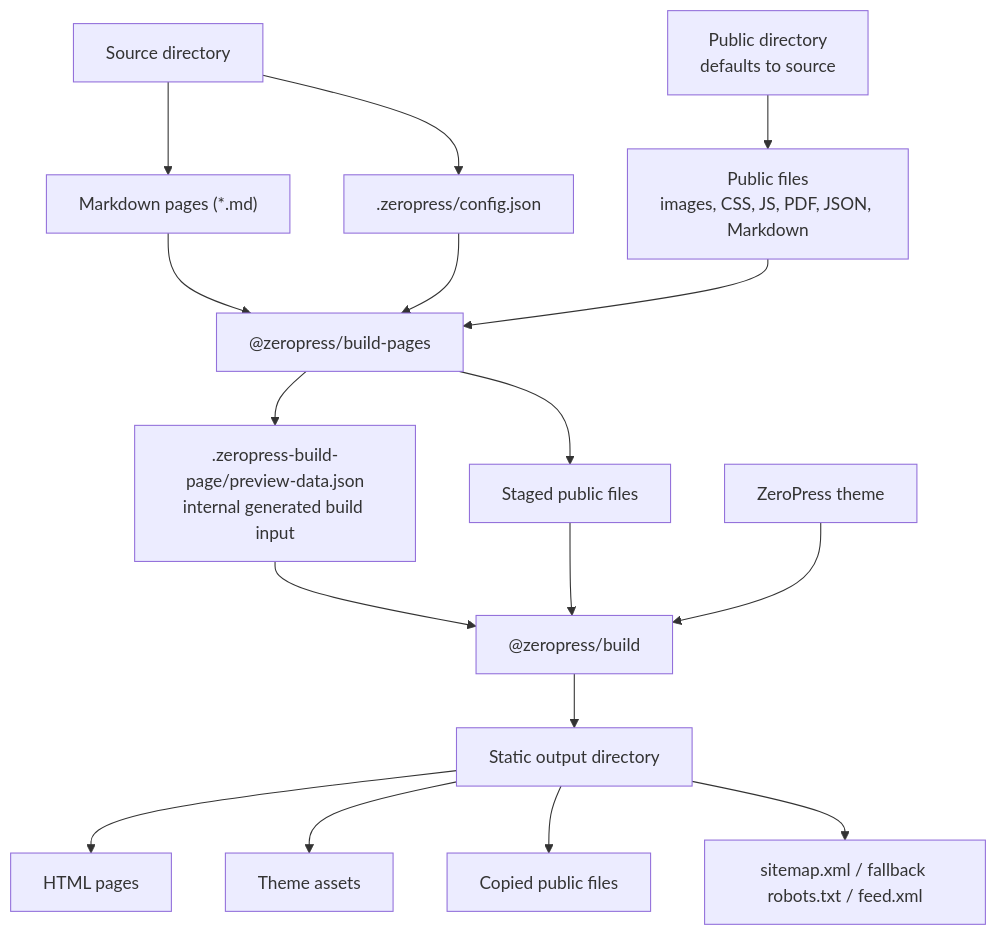
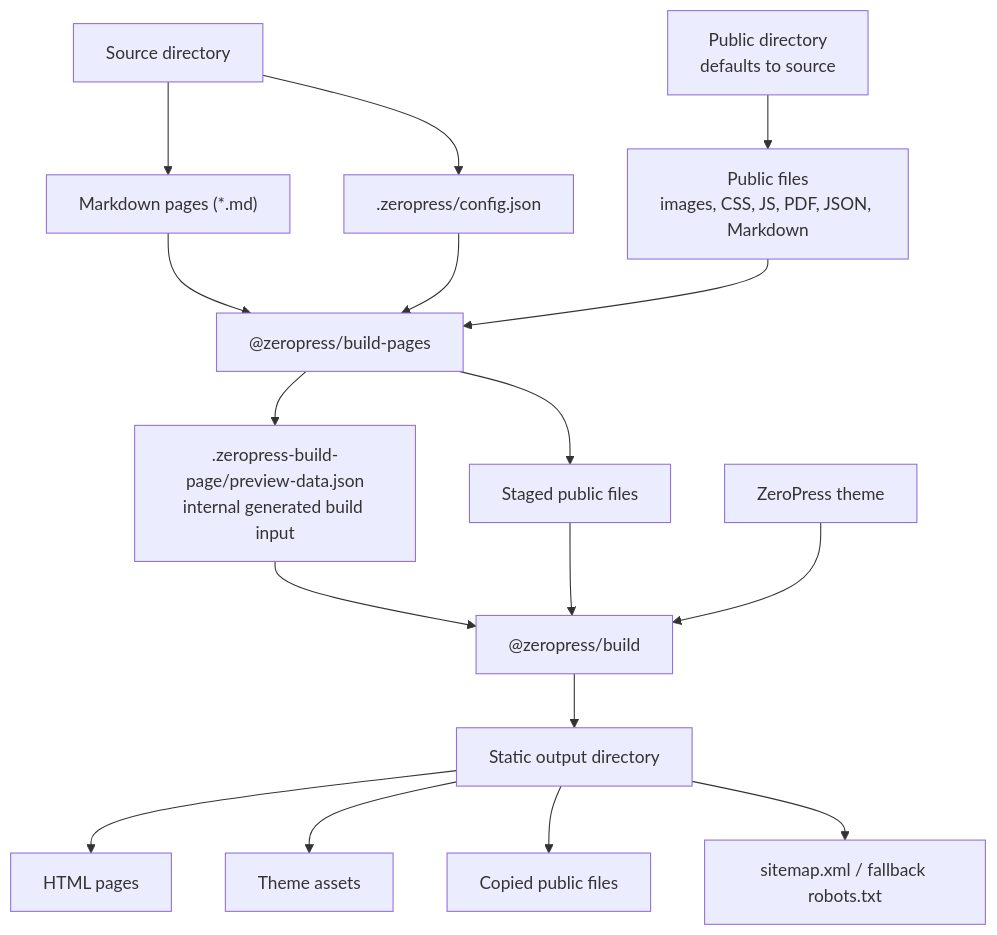
The diagram in README.md (zeropress-app/zeropress-build-pages), drawn with Mermaid before and after one commit. The commit also changed 2 other files, not shown here.

Commit message:
fix: no longer generates the feed.xml file.

````diff
--- a/README.md
+++ b/README.md
@@ -38,23 +38,23 @@
 ```mermaid
 flowchart TD
   source["Source directory"] --> markdown["Markdown pages (*.md)"]
   source --> config[".zeropress/config.json"]
   publicRoot["Public directory<br/>defaults to source"] --> publicFiles["Public files<br/>images, CSS, JS, PDF, JSON, Markdown"]
 
   markdown --> buildPages["@zeropress/build-pages"]
   config --> buildPages
   publicFiles --> buildPages
 
   buildPages --> previewData[".zeropress-build-page/preview-data.json<br/>internal generated build input"]
   buildPages --> stagedPublic["Staged public files"]
 
   previewData --> build["@zeropress/build"]
   stagedPublic --> build
   theme["ZeroPress theme"] --> build
 
   build --> output["Static output directory"]
   output --> html["HTML pages"]
   output --> assets["Theme assets"]
   output --> copied["Copied public files"]
-  output --> special["sitemap.xml / fallback robots.txt / feed.xml"]
+  output --> special["sitemap.xml / fallback robots.txt"]
 ```
````
